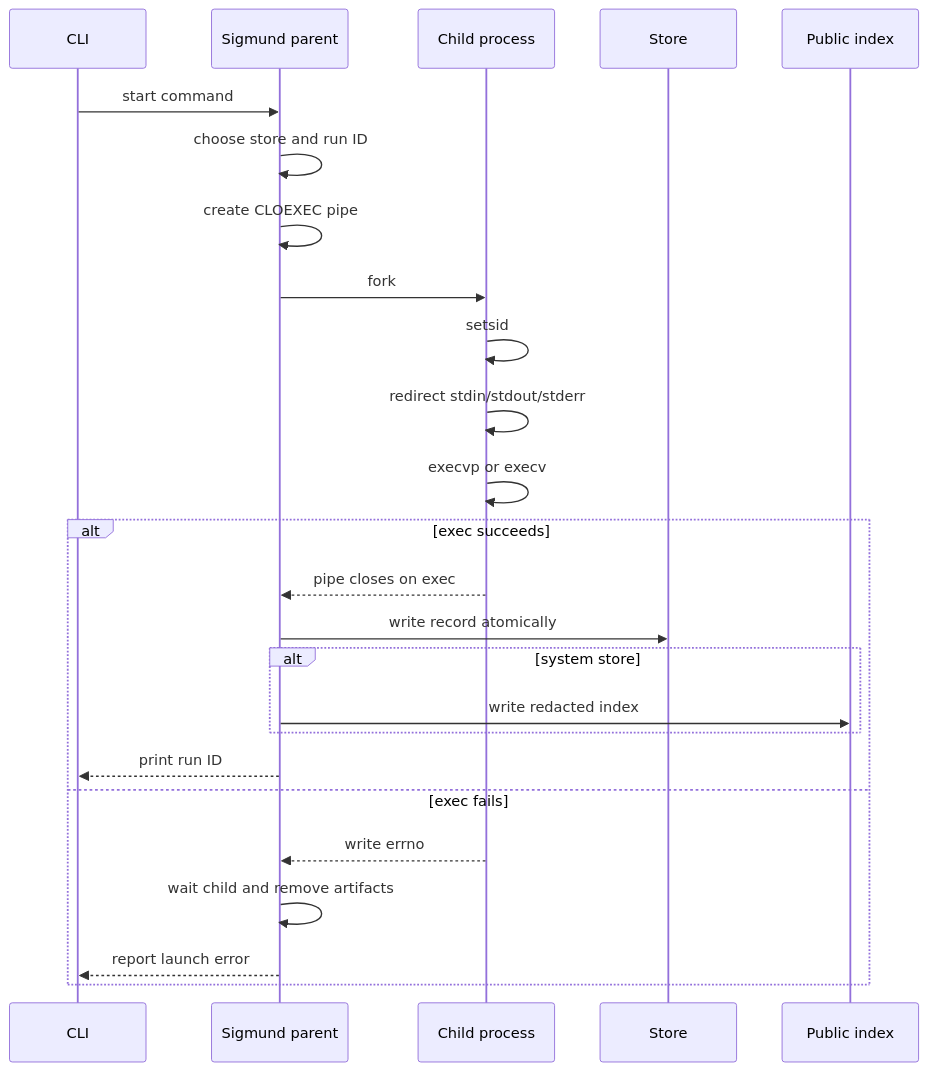
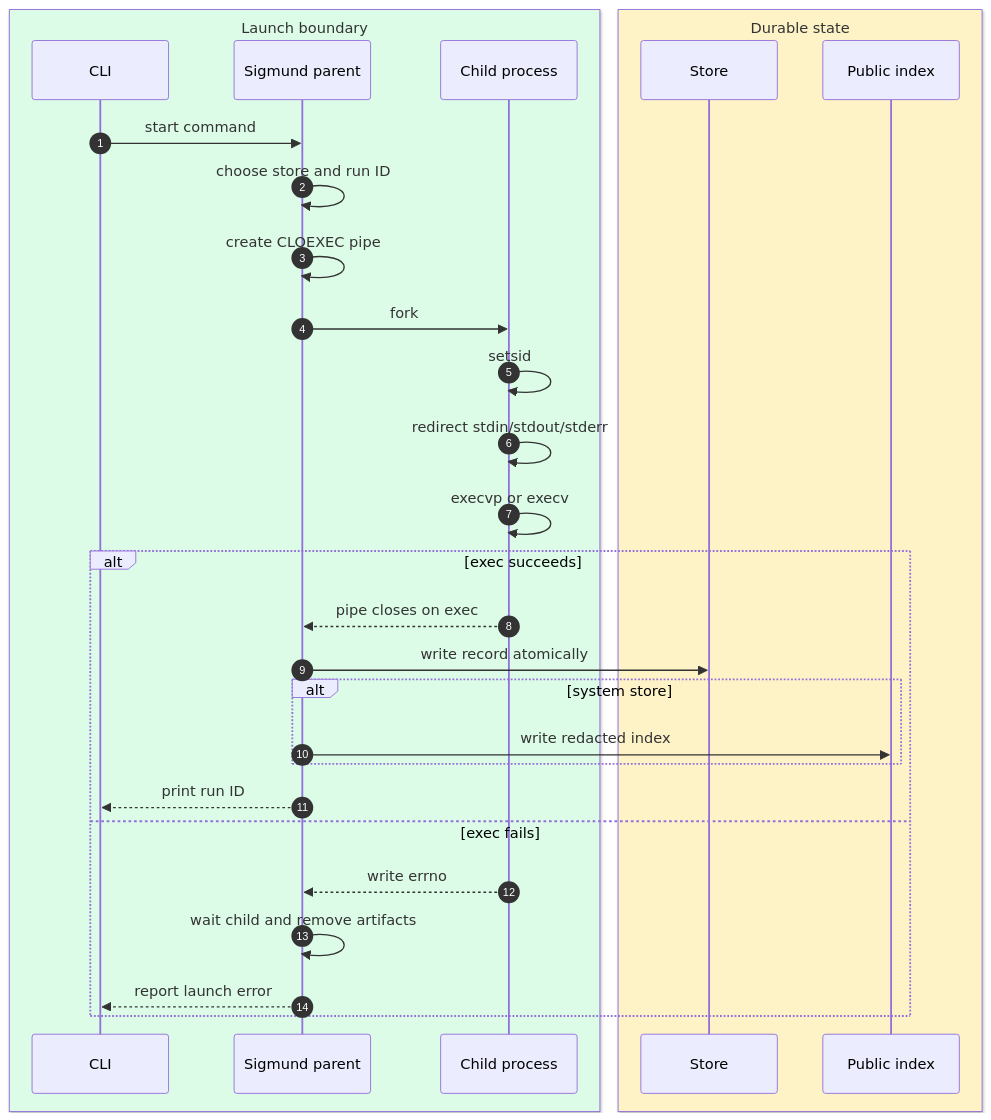
The first of 2 diagrams in docs/launcher.md (RchGrav/onhold), drawn with Mermaid before and after one commit. The commit also changed other lines of this file and 13 other files, not shown here.

````diff
--- a/docs/launcher.md
+++ b/docs/launcher.md
@@ -20,28 +22,33 @@
 ```mermaid
 sequenceDiagram
+    autonumber
+    box rgb(220, 252, 231) Launch boundary
     participant CLI as CLI
     participant Parent as Sigmund parent
     participant Child as Child process
+    end
+    box rgb(254, 243, 199) Durable state
     participant Store as Store
     participant Public as Public index
+    end
 
     CLI->>Parent: start command
     Parent->>Parent: choose store and run ID
     Parent->>Parent: create CLOEXEC pipe
     Parent->>Child: fork
     Child->>Child: setsid
     Child->>Child: redirect stdin/stdout/stderr
     Child->>Child: execvp or execv
     alt exec succeeds
         Child-->>Parent: pipe closes on exec
         Parent->>Store: write record atomically
         alt system store
             Parent->>Public: write redacted index
         end
         Parent-->>CLI: print run ID
     else exec fails
         Child-->>Parent: write errno
         Parent->>Parent: wait child and remove artifacts
         Parent-->>CLI: report launch error
     end
 ```
````
